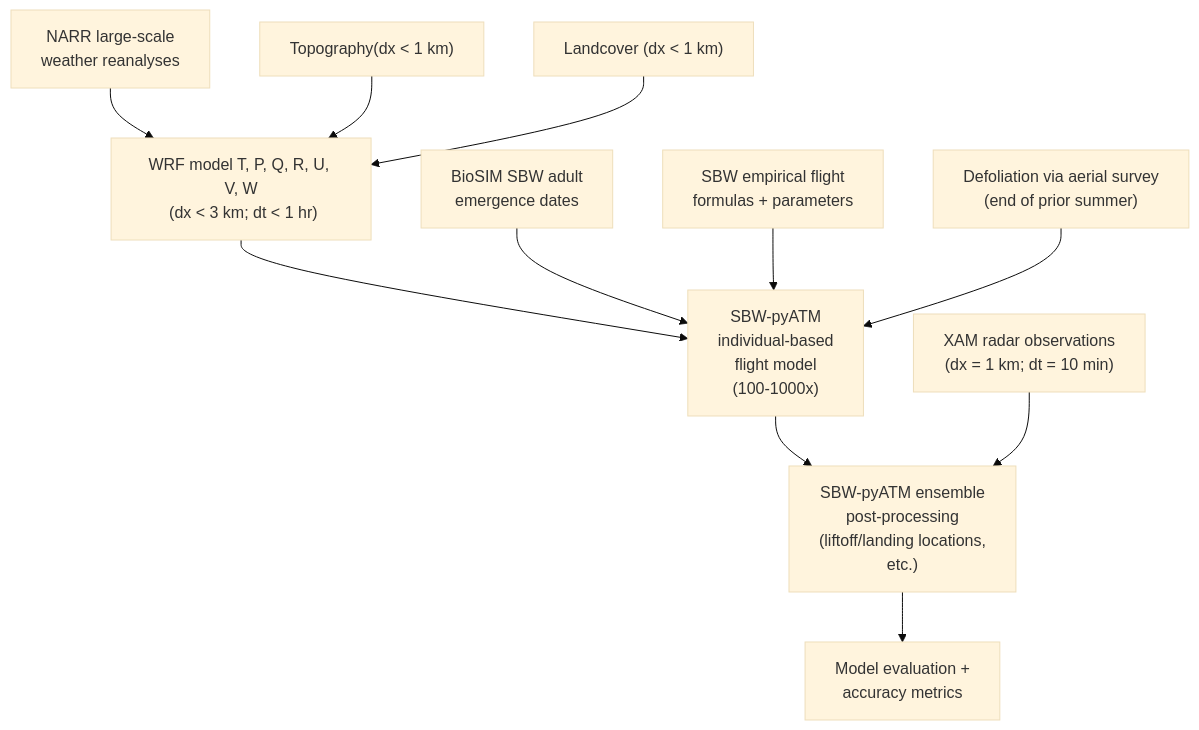
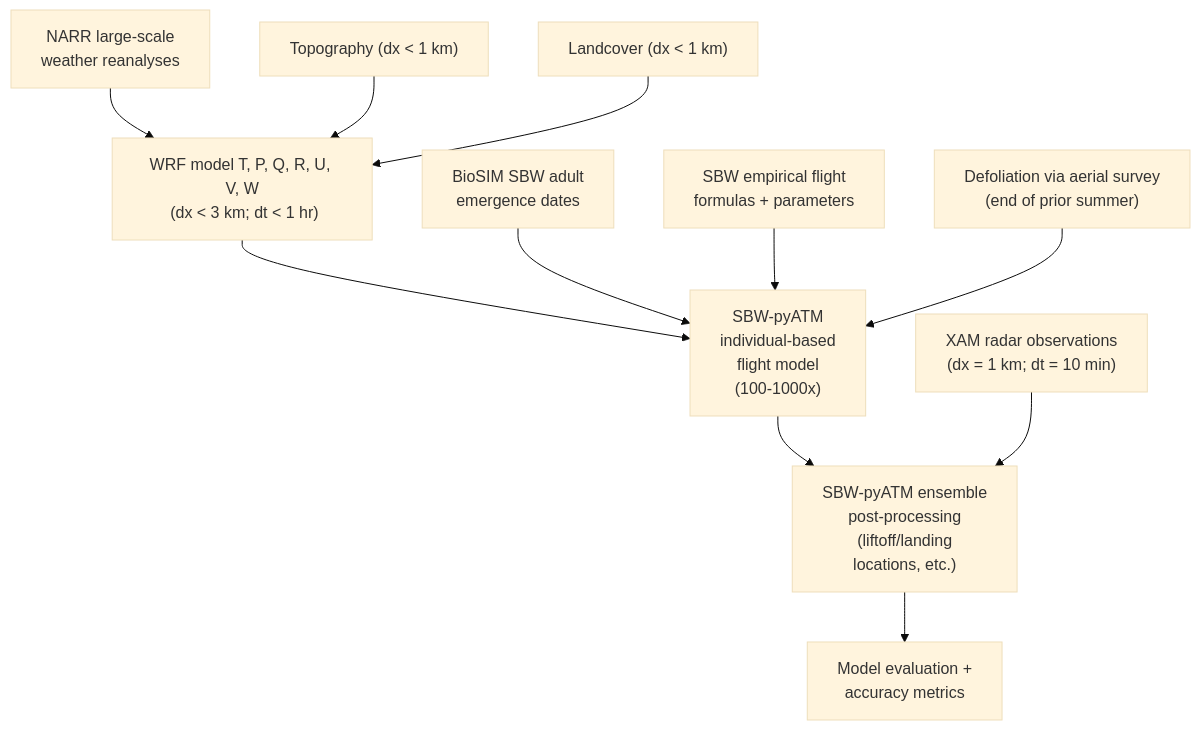
One commit to FOR-CAST/SBW-ATM changed the diagram in model-details.qmd. Above: the diagram before and after it, drawn with Mermaid (base theme). The commit also changed other lines of this file, not shown here.

Commit message:
fix typo; formatting

````diff
--- a/model-details.qmd
+++ b/model-details.qmd
@@ -28,38 +28,38 @@
 ```{mermaid}
 flowchart TD
  A["NARR large-scale
  weather reanalyses"]
- B["Topography(dx < 1 km)"]
+ B["Topography (dx < 1 km)"]
  C["Landcover (dx < 1 km)"]
  D["WRF model T, P, Q, R, U, V, W
  (dx < 3 km; dt < 1 hr)"]
  E["BioSIM SBW adult
  emergence dates"]
  F["SBW empirical flight
  formulas + parameters"]
  G["SBW-pyATM
  individual-based
  flight model
  (100-1000x)"]
  H["Defoliation via aerial survey
  (end of prior summer)"]
  I["XAM radar observations
  (dx = 1 km; dt = 10 min)"]
  J["SBW-pyATM ensemble
  post-processing
- (liftoff/landing locations,
- etc.)"]
+ (liftoff/landing
+ locations, etc.)"]
  K["Model evaluation +
  accuracy metrics"]
 
  A --> D
  B --> D
  C --> D
  D --> G
  E --> G
  F --> G
  H --> G
  G --> J
  I --> J
  J --> K 
 ```
````
